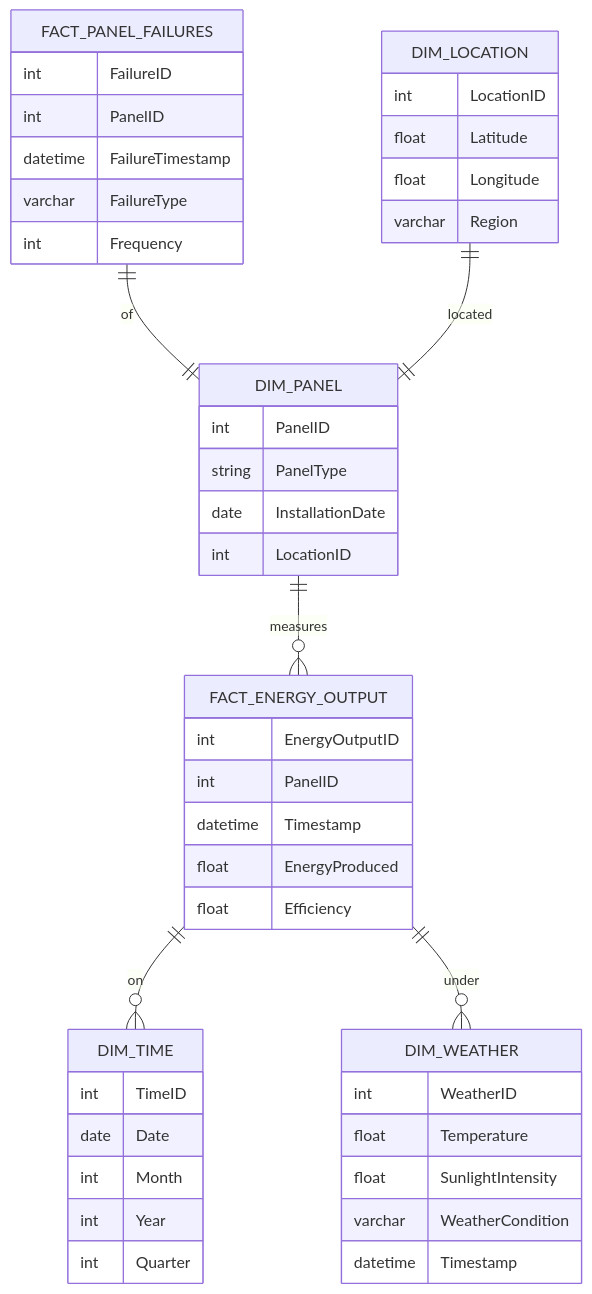
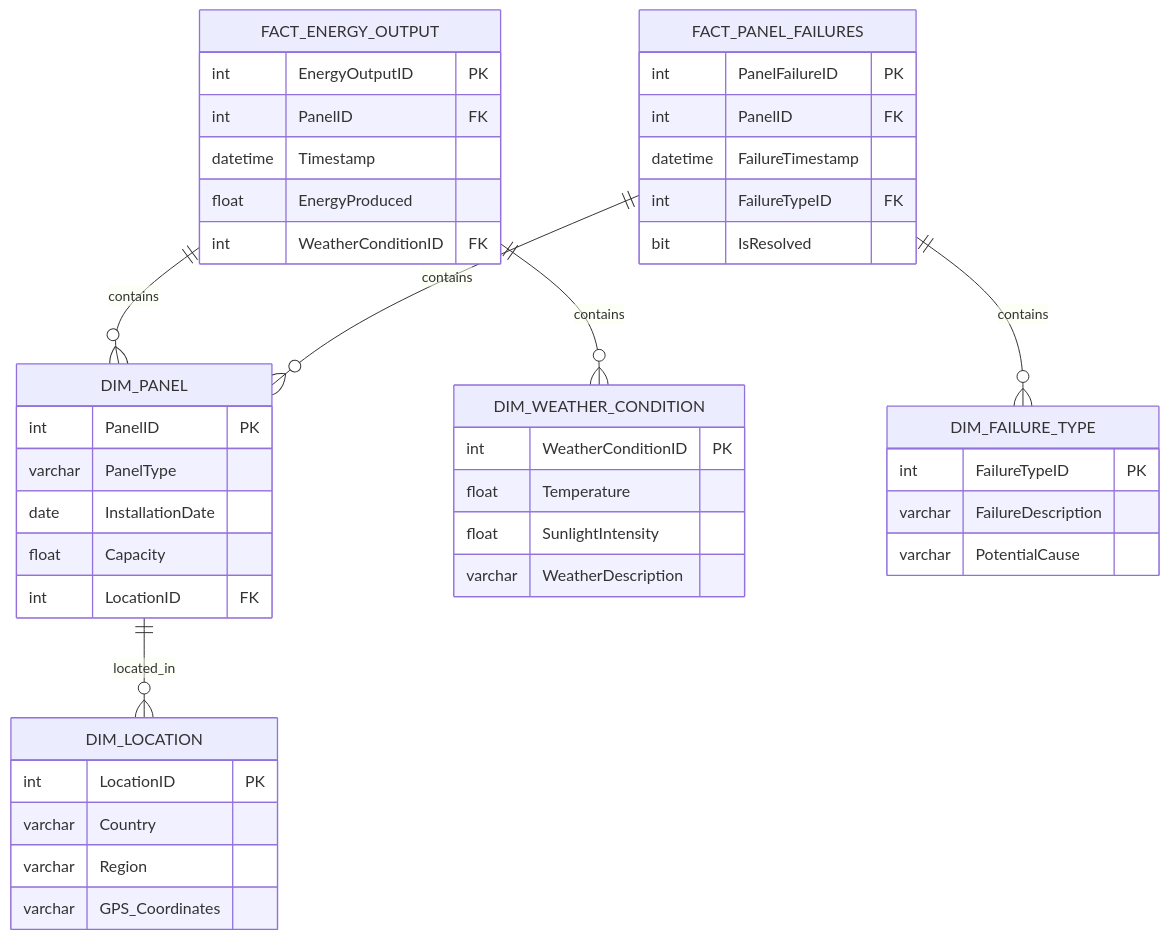
Before and after one commit to selin-k/bi_report_project: the diagram in docs/data_model.md, drawn with Mermaid. The commit also changed other lines of this file and 17 other files, not shown here.

````diff
--- a/docs/data_model.md
+++ b/docs/data_model.md
@@ -26,48 +26,46 @@
 ```mermaid
 erDiagram
-    DIM_PANEL ||--o{ FACT_ENERGY_OUTPUT : measures
-    DIM_PANEL {
-        int PanelID
-        string PanelType
-        date InstallationDate
-        int LocationID
-    }
-    FACT_ENERGY_OUTPUT ||--o{ DIM_TIME : on
-    FACT_ENERGY_OUTPUT ||--o{ DIM_WEATHER : under
+    FACT_ENERGY_OUTPUT ||--o{ DIM_PANEL : contains
+    FACT_ENERGY_OUTPUT ||--o{ DIM_WEATHER_CONDITION : contains
+    FACT_PANEL_FAILURES ||--o{ DIM_PANEL : contains
+    FACT_PANEL_FAILURES ||--o{ DIM_FAILURE_TYPE : contains
+    DIM_PANEL ||--o{ DIM_LOCATION : located_in
     FACT_ENERGY_OUTPUT {
-        int EnergyOutputID
-        int PanelID
+        int EnergyOutputID PK
+        int PanelID FK
         datetime Timestamp
         float EnergyProduced
-        float Efficiency
+        int WeatherConditionID FK
     }
-    DIM_TIME {
-        int TimeID
-        date Date
-        int Month
-        int Year
-        int Quarter
+    FACT_PANEL_FAILURES {
+        int PanelFailureID PK
+        int PanelID FK
+        datetime FailureTimestamp
+        int FailureTypeID FK
+        bit IsResolved
     }
-    DIM_WEATHER {
-        int WeatherID
+    DIM_PANEL {
+        int PanelID PK
+        varchar PanelType
+        date InstallationDate
+        float Capacity
+        int LocationID FK
+    }
+    DIM_WEATHER_CONDITION {
+        int WeatherConditionID PK
         float Temperature
         float SunlightIntensity
-        varchar WeatherCondition
-        datetime Timestamp
+        varchar WeatherDescription
     }
-    FACT_PANEL_FAILURES ||--|| DIM_PANEL : of
-    FACT_PANEL_FAILURES {
-        int FailureID
-        int PanelID
-        datetime FailureTimestamp
-        varchar FailureType
-        int Frequency
+    DIM_FAILURE_TYPE {
+        int FailureTypeID PK
+        varchar FailureDescription
+        varchar PotentialCause
     }
-    DIM_LOCATION ||--|| DIM_PANEL : located
     DIM_LOCATION {
-        int LocationID
-        float Latitude
-        float Longitude
+        int LocationID PK
+        varchar Country
         varchar Region
+        varchar GPS_Coordinates
     }
 ```
````
